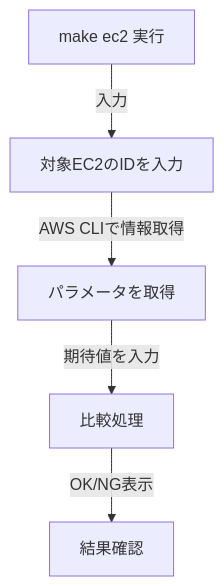
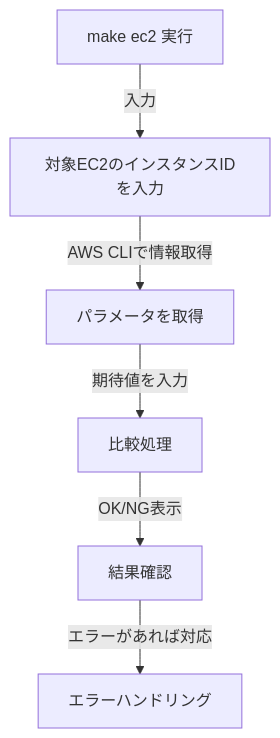
Before and after one commit to z2220011/Automation_test: the diagram in README.md, drawn with Mermaid. The commit also changed other lines of this file, not shown here.

````diff
--- a/README.md
+++ b/README.md
@@ -20,7 +22,8 @@
 ```mermaid
 graph TD;
-    A[make ec2 実行] -->|入力| B[対象EC2のIDを入力];
+    A[make ec2 実行] -->|入力| B[対象EC2のインスタンスIDを入力];
     B -->|AWS CLIで情報取得| C[パラメータを取得];
     C -->|期待値を入力| D[比較処理];
     D -->|OK/NG表示| E[結果確認];
+    E -->|エラーがあれば対応| F[エラーハンドリング];
 ```
````
